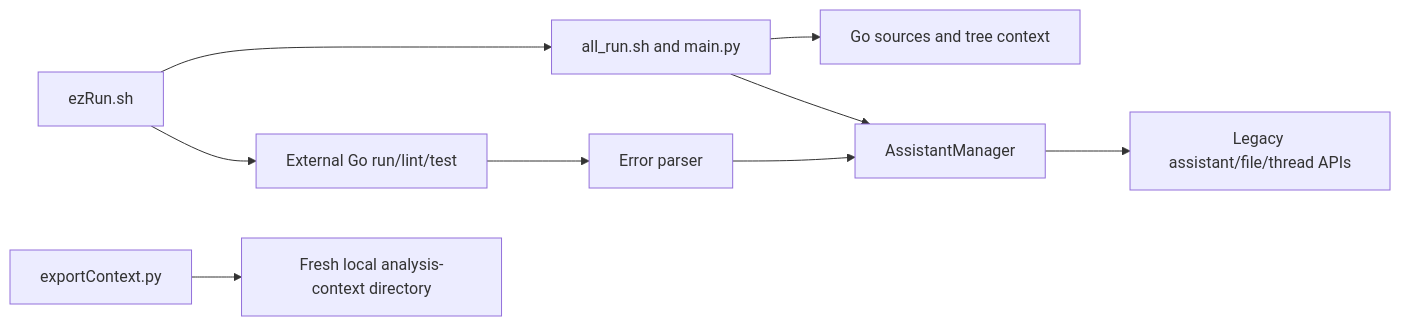
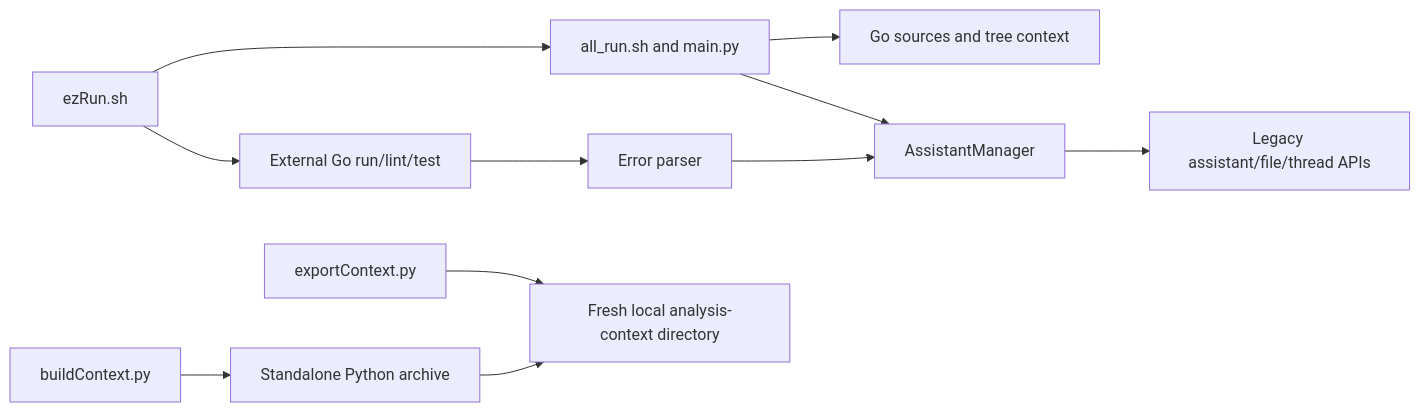
Before and after one commit to jckail/goPilot: the diagram in README.md, drawn with Mermaid. The commit also changed other lines of this file and 4 other files, not shown here.

Commit message:
Package standalone Go context executable [skip ci]

````diff
--- a/README.md
+++ b/README.md
@@ -19,11 +20,13 @@
 ```mermaid
 flowchart LR
   Shell[ezRun.sh] --> Helper[all_run.sh and main.py]
   Helper --> Context[Go sources and tree context]
   Helper --> Manager[AssistantManager]
   Manager --> Provider[Legacy assistant/file/thread APIs]
   Shell --> Go[External Go run/lint/test]
   Go --> Errors[Error parser]
   Errors --> Manager
   Export[exportContext.py] --> Local[Fresh local analysis-context directory]
+  Build[buildContext.py] --> Archive[Standalone Python archive]
+  Archive --> Local
 ```
````
